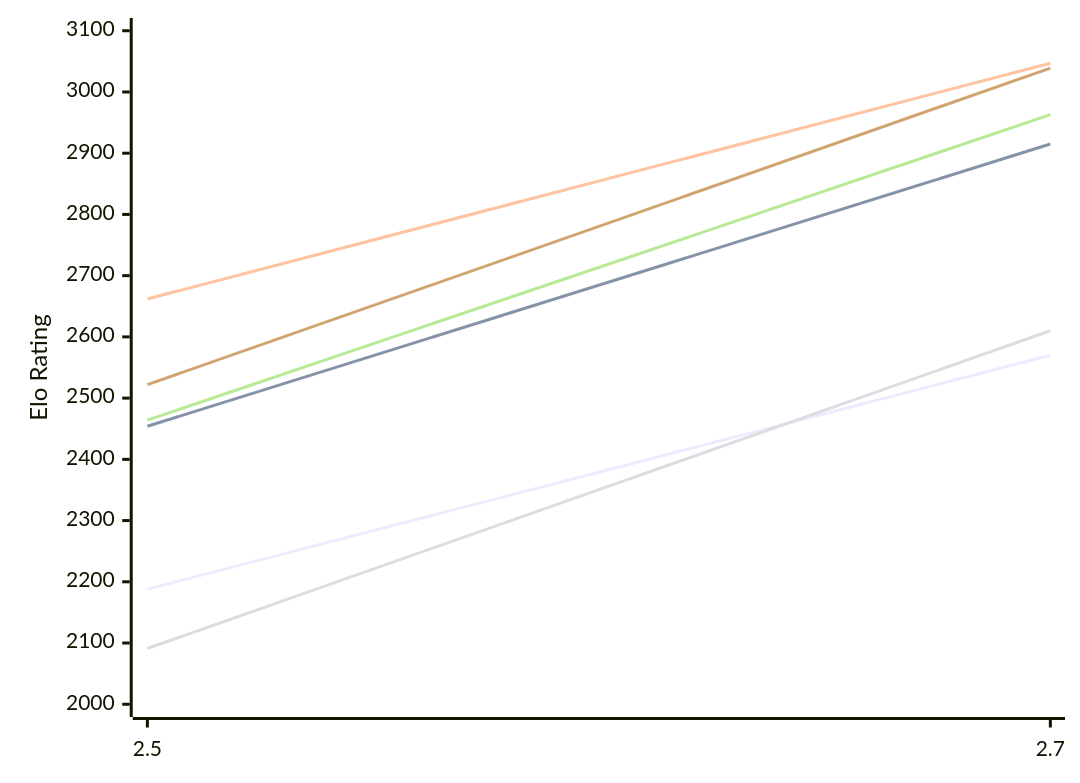
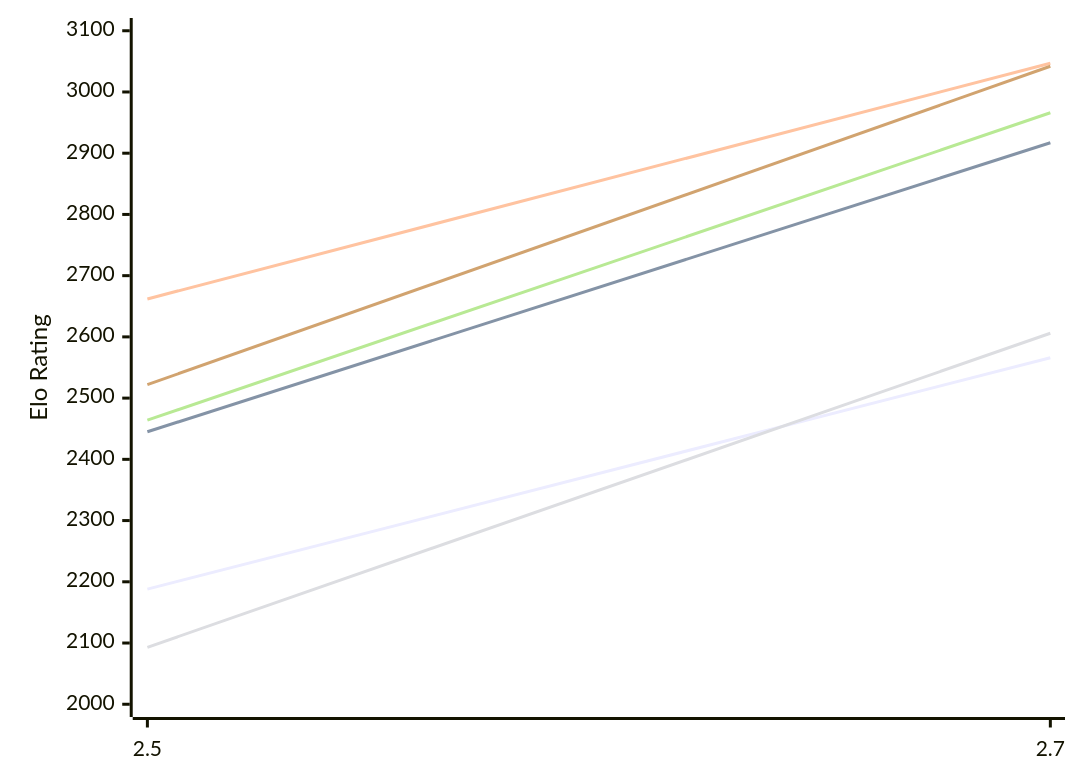
Before and after one commit to computer-chess-index/cci: the first of 2 diagrams in engines/Zevra.md, drawn with Mermaid. The commit also changed other lines of this file, not shown here.

Commit message:
Update CCI Ratings (ELO VLTC) - 2026-11-27

````diff
--- a/engines/Zevra.md
+++ b/engines/Zevra.md
@@ -50,12 +50,12 @@
 ```mermaid
 %%{init: {"theme":"base","themeVariables":{"seriesColors:['#a3a3a3','#222221','#faa371']}}}%%
 xychart-beta
   x-axis ["2.5", "2.7"]
   y-axis "Elo Rating" 2000 --> 3100
-  line "E1: STC (8.0+0.08s)" [2188, 2570]
-  line "E1: LTC (60.0+0.60s)" [2454, 2915]
+  line "E1: STC (8.0+0.08s)" [2188, 2566]
+  line "E1: LTC (60.0+0.60s)" [2445, 2917]
   line "E1: VLTC (2m24s+1.12s)" [2662, 3047]
-  line "P1: STC (8.0+0.08s)" [2091, 2610]
-  line "P1: LTC (60.0+0.60s)" [2464, 2963]
-  line "P1: VLTC (2m24s+1.12s)" [2522, 3039]
+  line "P1: STC (8.0+0.08s)" [2093, 2606]
+  line "P1: LTC (60.0+0.60s)" [2464, 2966]
+  line "P1: VLTC (2m24s+1.12s)" [2522, 3042]
 ```
````
